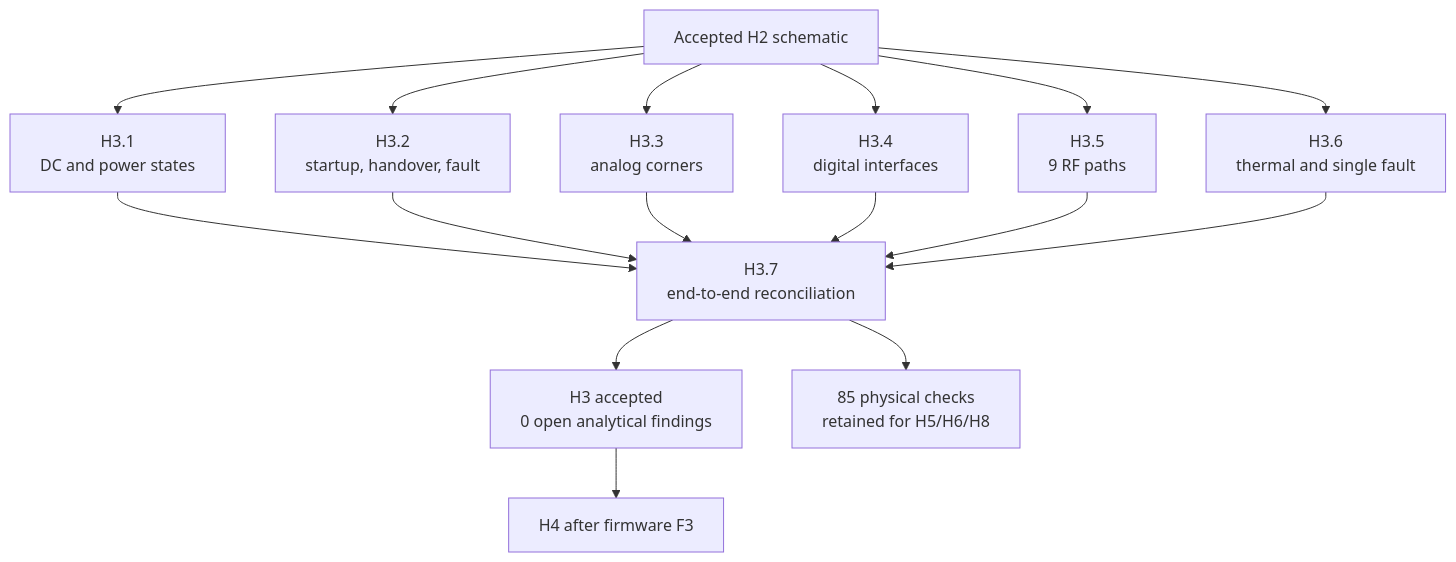
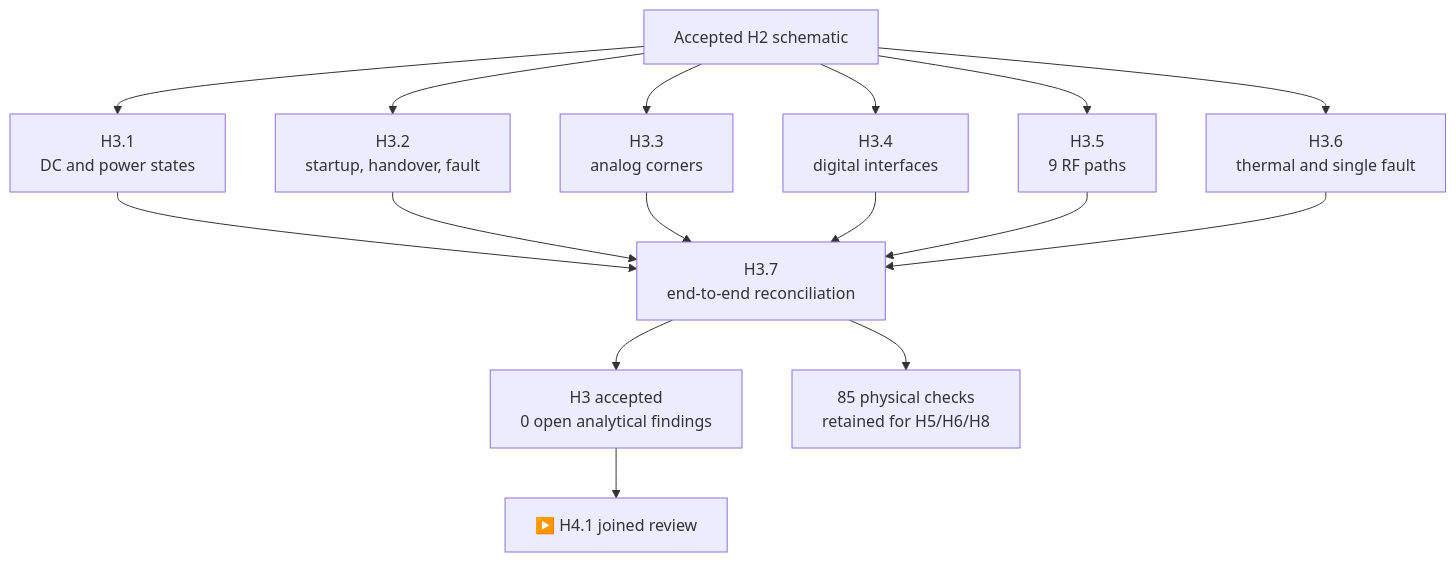
One commit to anton-vinogradov/esp32-leshy2 changed the diagram in docs/h3-acceptance.md. Above: the diagram before and after it, drawn with Mermaid. The commit also changed other lines of this file and 16 other files, not shown here.

Commit message:
advance H4 after firmware F3 review

````diff
--- a/docs/h3-acceptance.md
+++ b/docs/h3-acceptance.md
@@ -11,17 +11,17 @@
 ```mermaid
 flowchart TB
   H2["Accepted H2 schematic"]
   DC["H3.1<br/>DC and power states"]
   TR["H3.2<br/>startup, handover, fault"]
   AN["H3.3<br/>analog corners"]
   DI["H3.4<br/>digital interfaces"]
   RF["H3.5<br/>9 RF paths"]
   SF["H3.6<br/>thermal and single fault"]
   X["H3.7<br/>end-to-end reconciliation"]
   OK["H3 accepted<br/>0 open analytical findings"]
   PH["85 physical checks<br/>retained for H5/H6/H8"]
   H2 --> DC & TR & AN & DI & RF & SF
   DC & TR & AN & DI & RF & SF --> X --> OK
   X --> PH
-  OK --> H4["H4 after firmware F3"]
+  OK --> H4["▶️ H4.1 joined review"]
 ```
````
